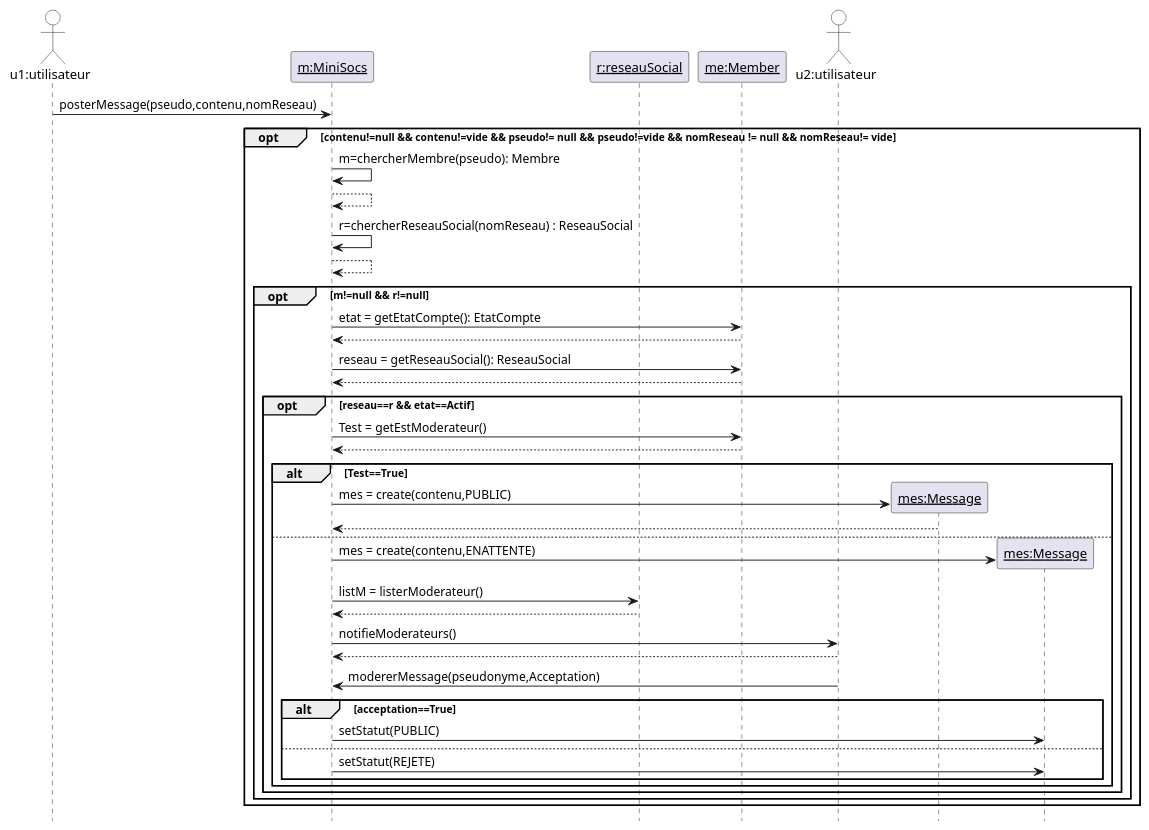
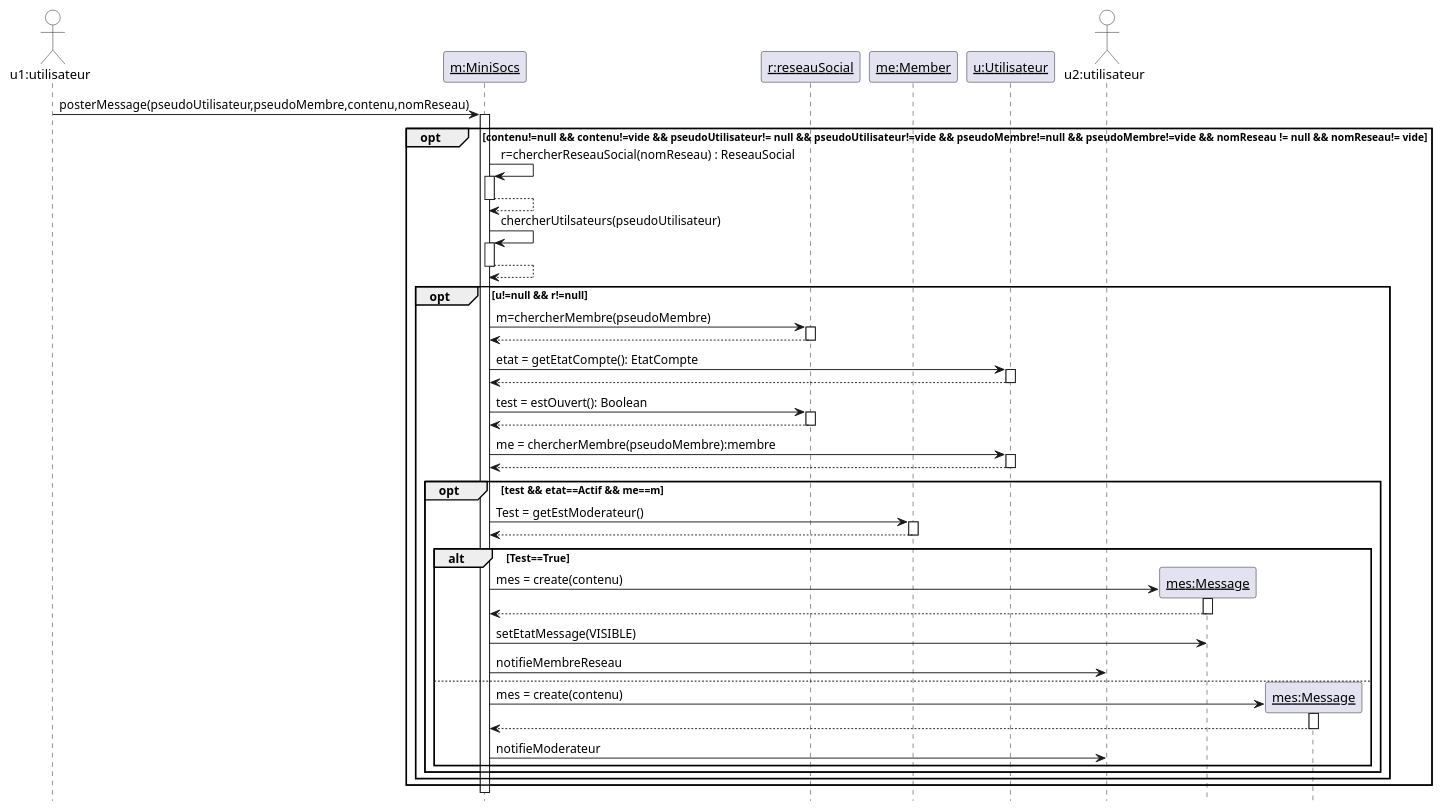
One commit to yesminete/MiniSocs changed the diagram in Diagrammes/minisocs_uml_diag_seq_poster_message.pu. Above: the diagram before and after it, drawn with PlantUML. The commit also changed 23 other files, not shown here.

```diff
--- a/Diagrammes/minisocs_uml_diag_seq_poster_message.pu
+++ b/Diagrammes/minisocs_uml_diag_seq_poster_message.pu
@@ -1,53 +1,52 @@
 @startuml
 
 'Diagramme de séquence (PlantUML)'
 
 'Configuration charte graphique'
 hide footbox
 skinparam sequenceParticiantBackgroundColor White
 skinparam sequenceActorBackgroundColor White
 
 'Déclaration des acteurs et des participants'
 actor "u1:utilisateur" as u1
 participant "__m:MiniSocs__" as sys
 participant "__r:reseauSocial__" as r
 participant "__me:Member__" as m
+participant "__u:Utilisateur__" as u
 actor "u2:utilisateur" as u2
 'Interaction principale'
 
-u1 -> sys: posterMessage(pseudo,contenu,nomReseau)
-opt contenu!=null && contenu!=vide && pseudo!= null && pseudo!=vide && nomReseau != null && nomReseau!= vide
-sys-> sys: m=chercherMembre(pseudo): Membre
+u1 -> sys++: posterMessage(pseudoUtilisateur,pseudoMembre,contenu,nomReseau)
+opt contenu!=null && contenu!=vide && pseudoUtilisateur!= null && pseudoUtilisateur!=vide && pseudoMembre!=null && pseudoMembre!=vide && nomReseau != null && nomReseau!= vide
+sys-> sys++: r=chercherReseauSocial(nomReseau) : ReseauSocial
 return
-sys-> sys: r=chercherReseauSocial(nomReseau) : ReseauSocial
+sys->sys++:chercherUtilsateurs(pseudoUtilisateur)
 return
-opt m!=null && r!=null
-sys-> m : etat = getEtatCompte(): EtatCompte
+opt u!=null && r!=null
+sys->r++:m=chercherMembre(pseudoMembre)
 return
-sys-> m : reseau = getReseauSocial(): ReseauSocial
+sys-> u ++: etat = getEtatCompte(): EtatCompte
 return
-opt reseau==r && etat==Actif
-sys->m : Test = getEstModerateur()
+sys-> r ++: test = estOuvert(): Boolean
+return
+sys -> u ++: me = chercherMembre(pseudoMembre):membre
+return
+opt test && etat==Actif && me==m
+sys->m ++: Test = getEstModerateur()
 return
 alt Test==True
 create "__mes:Message__" as mes
-sys-> mes : mes = create(contenu,PUBLIC)
+sys-> mes ++: mes = create(contenu)
 return
+sys-> mes : setEtatMessage(VISIBLE)
+sys->u2 : notifieMembreReseau
 else
 create "__mes:Message__" as mes2
-sys->mes2 : mes = create(contenu,ENATTENTE)
-sys->r : listM = listerModerateur()
+sys->mes2 ++: mes = create(contenu)
 return
-sys->u2 : notifieModerateurs()
-return
-u2->sys : modererMessage(pseudonyme,Acceptation)
-alt acceptation==True
-sys->mes2 : setStatut(PUBLIC)
-else
-sys->mes2 : setStatut(REJETE)
-end
+sys->u2 : notifieModerateur
 end
 end
 end
 end
 @enduml
```
